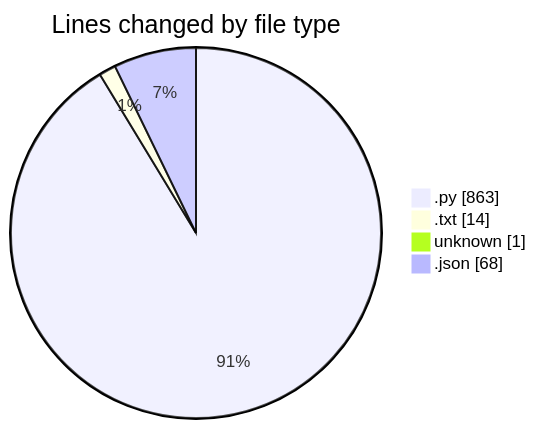
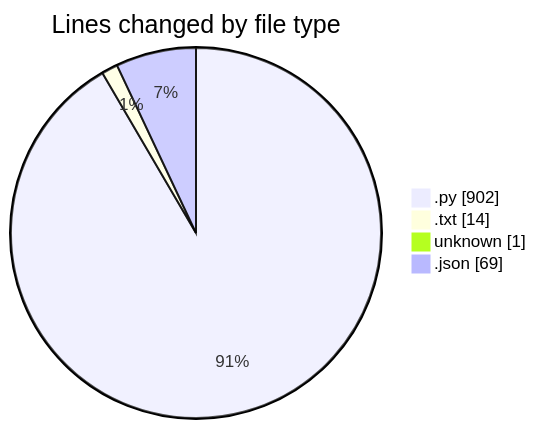
One commit to Unknowalive/code-tracking changed the first of 2 diagrams in 2026-07-03/researchlens/README.md. Above: the diagram before and after it, drawn with Mermaid. The commit also changed other lines of this file and 1 other file, not shown here.

````diff
--- a/2026-07-03/researchlens/README.md
+++ b/2026-07-03/researchlens/README.md
@@ -32,8 +32,8 @@
 ```mermaid
 pie showData
 title Lines changed by file type
-".py" : 863
+".py" : 902
 ".txt" : 14
 "unknown" : 1
-".json" : 68
+".json" : 69
 ```
````
